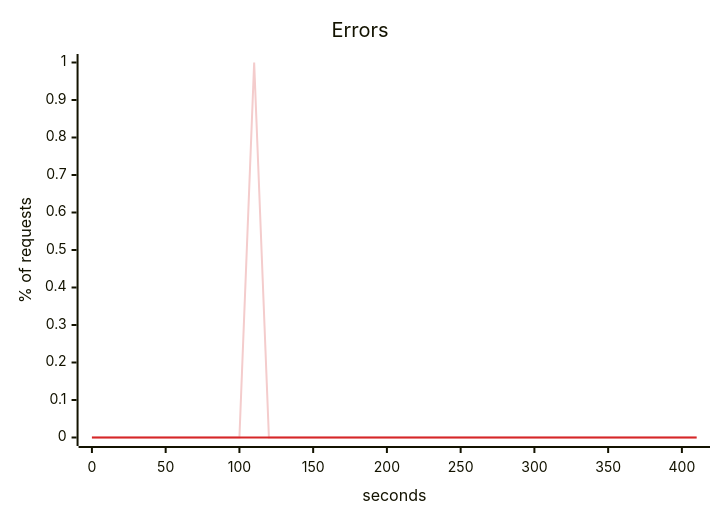
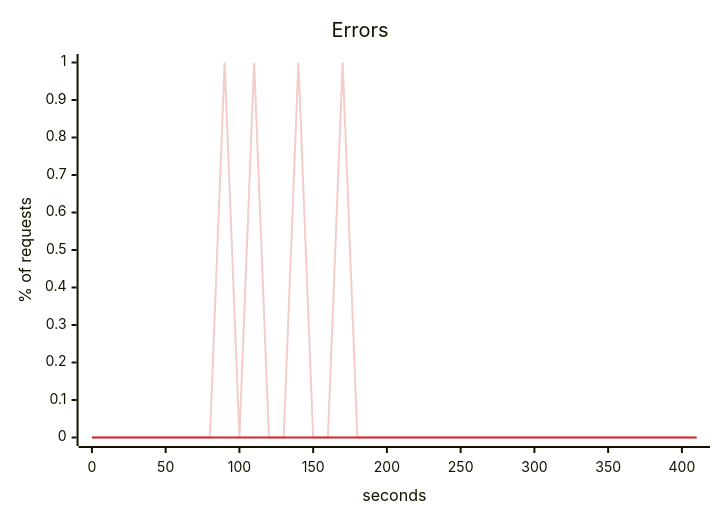
One commit to akinfemi/load-lore changed the fourth of 5 diagrams in scenarios/single-postgres-breaking-point/solutions/one-query-per-page/report.md. Above: the diagram before and after it, drawn with Mermaid. The commit also changed other lines of this file and 6 other files, not shown here.

````diff
--- a/scenarios/single-postgres-breaking-point/solutions/one-query-per-page/report.md
+++ b/scenarios/single-postgres-breaking-point/solutions/one-query-per-page/report.md
@@ -78,15 +79,15 @@
 ```mermaid
 ---
 config:
   themeVariables:
     xyChart:
       backgroundColor: "transparent"
       plotColorPalette: "#f4cccc, #d62728"
 ---
 xychart-beta
     title "Errors"
     x-axis "seconds" 0 --> 410
     y-axis "% of requests" 0 --> 1
-    line [0, 0, 0, 0, 0, 0, 0, 0, 0, 0, 0, 1, 0, 0, 0, 0, 0, 0, 0, 0, 0, 0, 0, 0, 0, 0, 0, 0, 0, 0, 0, 0, 0, 0, 0, 0, 0, 0, 0, 0, 0, 0]
+    line [0, 0, 0, 0, 0, 0, 0, 0, 0, 1, 0, 1, 0, 0, 1, 0, 0, 1, 0, 0, 0, 0, 0, 0, 0, 0, 0, 0, 0, 0, 0, 0, 0, 0, 0, 0, 0, 0, 0, 0, 0, 0]
     line [0, 0, 0, 0, 0, 0, 0, 0, 0, 0, 0, 0, 0, 0, 0, 0, 0, 0, 0, 0, 0, 0, 0, 0, 0, 0, 0, 0, 0, 0, 0, 0, 0, 0, 0, 0, 0, 0, 0, 0, 0, 0]
 ```
````
